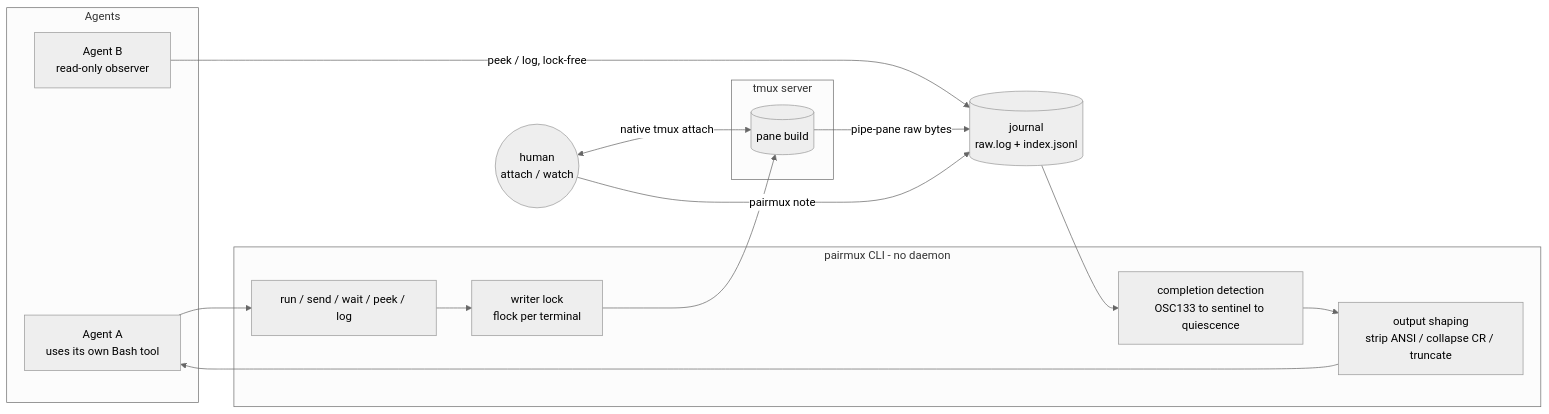
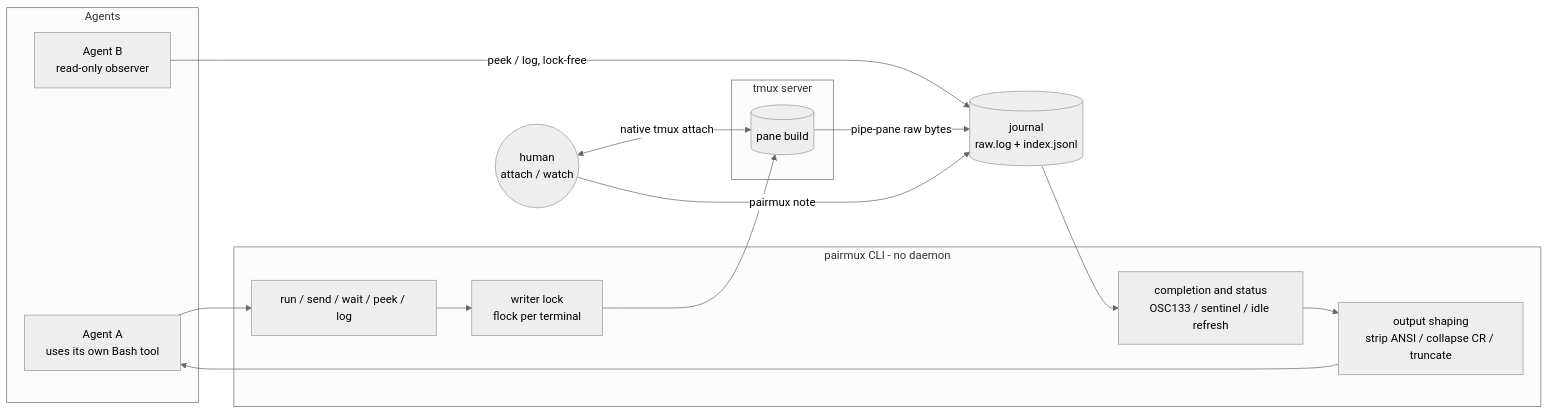
The diagram in website/docs/concepts.md (treeleaves30760/pairmux), drawn with Mermaid (neutral theme) before and after one commit. The commit also changed other lines of this file and 69 other files, not shown here.

````diff
--- a/website/docs/concepts.md
+++ b/website/docs/concepts.md
@@ -14,25 +14,25 @@
 ```mermaid
 flowchart LR
   subgraph agents [Agents]
     A1[Agent A<br/>uses its own Bash tool]
     A2[Agent B<br/>read-only observer]
   end
   subgraph cli [pairmux CLI - no daemon]
     RUN[run / send / wait / peek / log]
     LOCK[writer lock<br/>flock per terminal]
-    DETECT[completion detection<br/>OSC133 to sentinel to quiescence]
+    DETECT[completion and status<br/>OSC133 / sentinel / idle refresh]
     SHAPE[output shaping<br/>strip ANSI / collapse CR / truncate]
   end
   subgraph tserver [tmux server]
     P1[(pane build)]
   end
   J[(journal<br/>raw.log + index.jsonl)]
   H((human<br/>attach / watch))
 
   A1 --> RUN --> LOCK --> P1
   A2 -->|peek / log, lock-free| J
   P1 -->|pipe-pane raw bytes| J
   J --> DETECT --> SHAPE --> A1
   H <-->|native tmux attach| P1
   H -->|pairmux note| J
 ```
````
